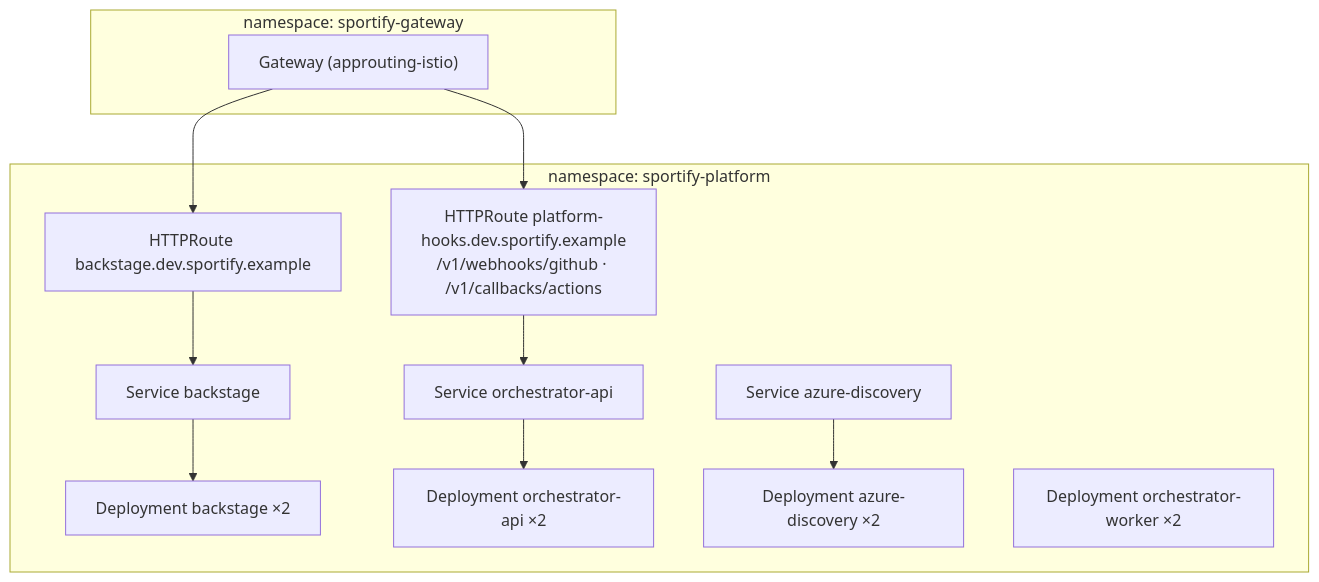
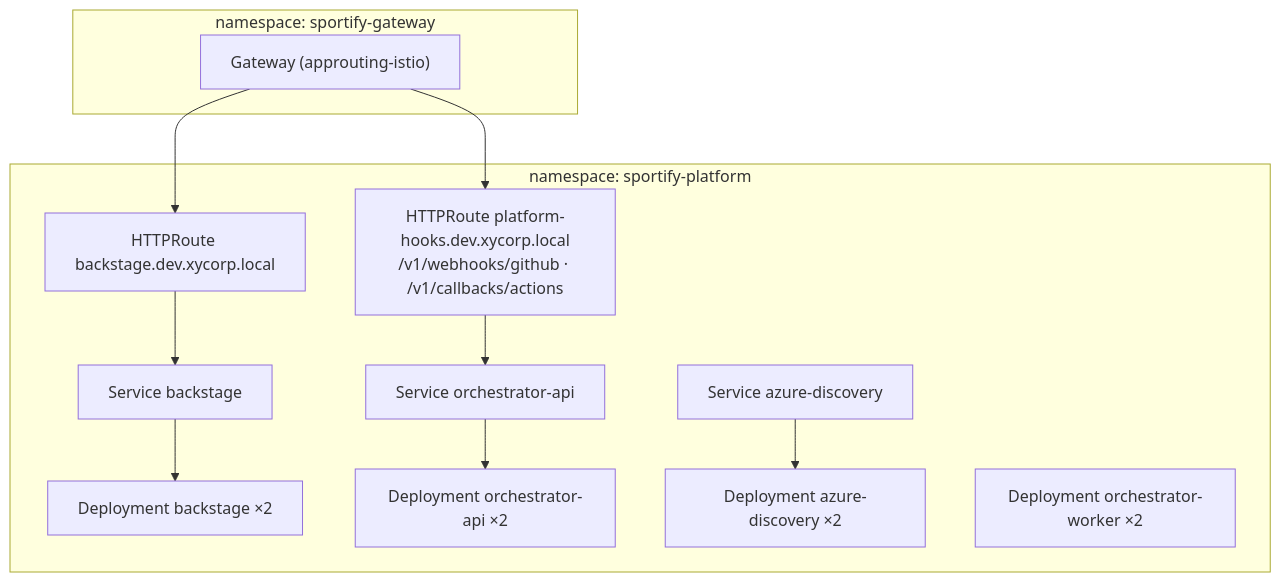
The second of 2 diagrams in docs/architecture/microservices.md (nixvarghese01/azure-backstage-goldenpath), drawn with Mermaid before and after one commit. The commit also changed other lines of this file and 40 other files, not shown here.

````diff
--- a/docs/architecture/microservices.md
+++ b/docs/architecture/microservices.md
@@ -160,16 +160,16 @@
 ```mermaid
 flowchart TB
     subgraph GWNS["namespace: sportify-gateway"]
         GW["Gateway (approuting-istio)"]
     end
     subgraph NS["namespace: sportify-platform"]
-        R1["HTTPRoute backstage.dev.sportify.example"] --> SBS[Service backstage]
-        R2["HTTPRoute platform-hooks.dev.sportify.example<br/>/v1/webhooks/github · /v1/callbacks/actions"] --> SOA[Service orchestrator-api]
+        R1["HTTPRoute backstage.dev.xycorp.local"] --> SBS[Service backstage]
+        R2["HTTPRoute platform-hooks.dev.xycorp.local<br/>/v1/webhooks/github · /v1/callbacks/actions"] --> SOA[Service orchestrator-api]
         SBS --> PBS["Deployment backstage ×2"]
         SOA --> POA["Deployment orchestrator-api ×2"]
         SD[Service azure-discovery] --> PD["Deployment azure-discovery ×2"]
         PW["Deployment orchestrator-worker ×2"]
     end
     GW --> R1
     GW --> R2
 ```
````
